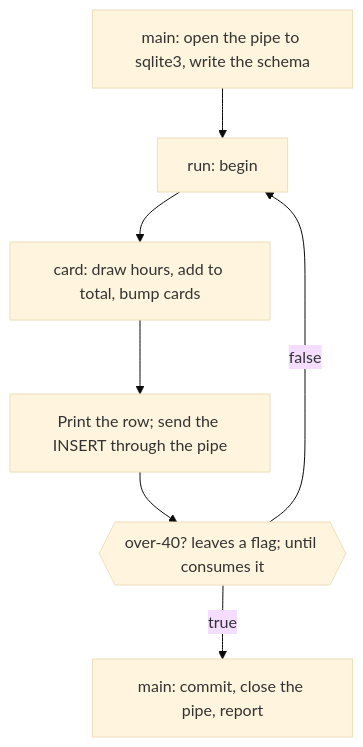
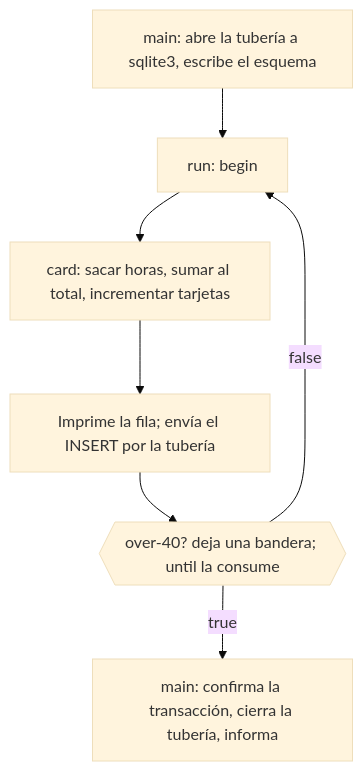
The diagram in src/forth/README.md (dullroar/aprende-a-programar-como-un-bicho-raro), drawn with Mermaid (base theme) before and after one commit. The commit also changed other lines of this file and 16 other files, not shown here.

````diff
--- a/src/forth/README.md
+++ b/src/forth/README.md
@@ -45,11 +45,11 @@
 ```mermaid
 flowchart TD
-    accTitle: forth: one begin until loop over a word called card
-    accDescr: A flowchart. The word main sets up, which opens a pipe to sqlite3, and writes the schema. The word run is a begin until loop. Each pass runs card, which draws hours, adds them to the total variable, bumps the card count, prints the row, and sends the INSERT through the pipe. Then over-40 leaves a flag on the stack, and until consumes it. If the flag is false, the loop repeats. If it is true, run ends, and main commits, closes the pipe and reports.
-    A["main: open the pipe to sqlite3, write the schema"] --> B["run: begin"]
-    B --> C["card: draw hours, add to total, bump cards"]
-    C --> D["Print the row; send the INSERT through the pipe"]
-    D --> E{{"over-40? leaves a flag; until consumes it"}}
+    accTitle: forth: un solo bucle begin until sobre una palabra llamada card
+    accDescr: Un diagrama de flujo. La palabra main hace la preparación: abre una tubería a sqlite3 y escribe el esquema. La palabra run es un bucle begin until. Cada pasada ejecuta card, que sortea las horas, las suma a la variable total, incrementa el conteo de tarjetas, imprime la fila y envía el INSERT por la tubería. Después, over-40 deja una bandera en la pila y until la consume. Si la bandera es falsa, el bucle se repite. Si es verdadera, run termina, y main confirma, cierra la tubería e informa.
+    A["main: abre la tubería a sqlite3, escribe el esquema"] --> B["run: begin"]
+    B --> C["card: sacar horas, sumar al total, incrementar tarjetas"]
+    C --> D["Imprime la fila; envía el INSERT por la tubería"]
+    D --> E{{"over-40? deja una bandera; until la consume"}}
     E -->|false| B
-    E -->|true| F["main: commit, close the pipe, report"]
+    E -->|true| F["main: confirma la transacción, cierra la tubería, informa"]
 ```
````
